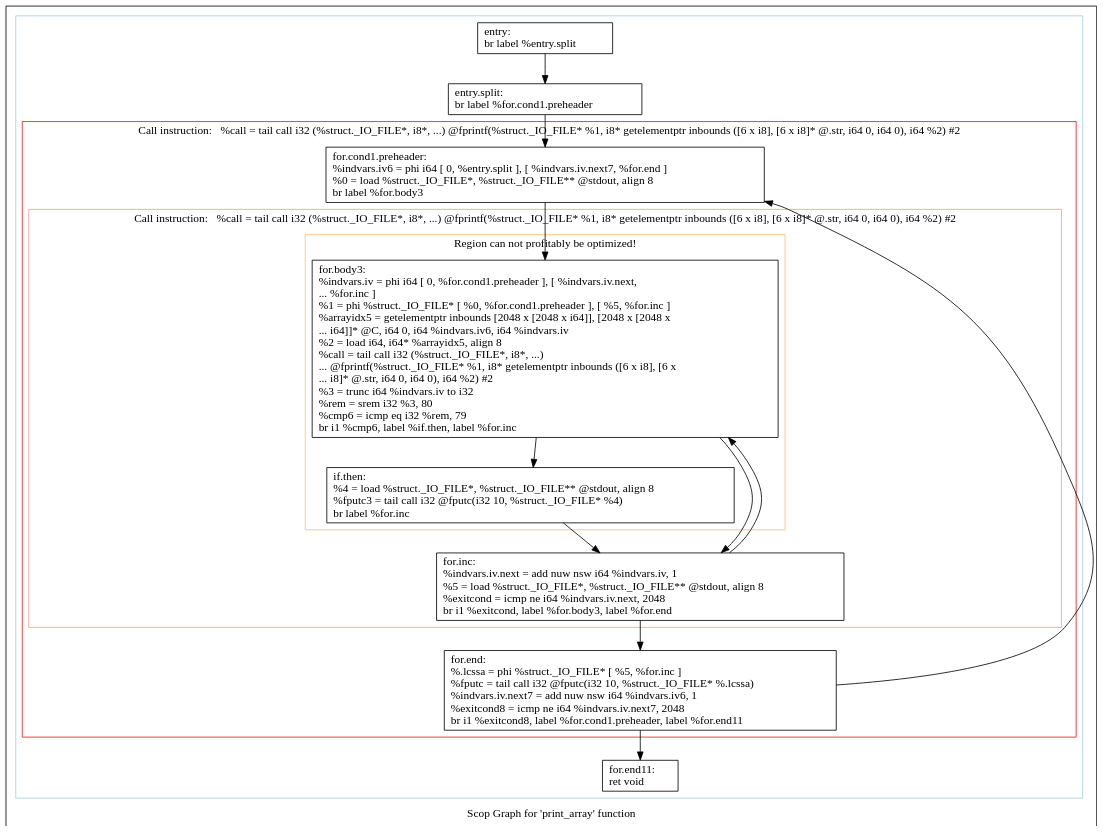
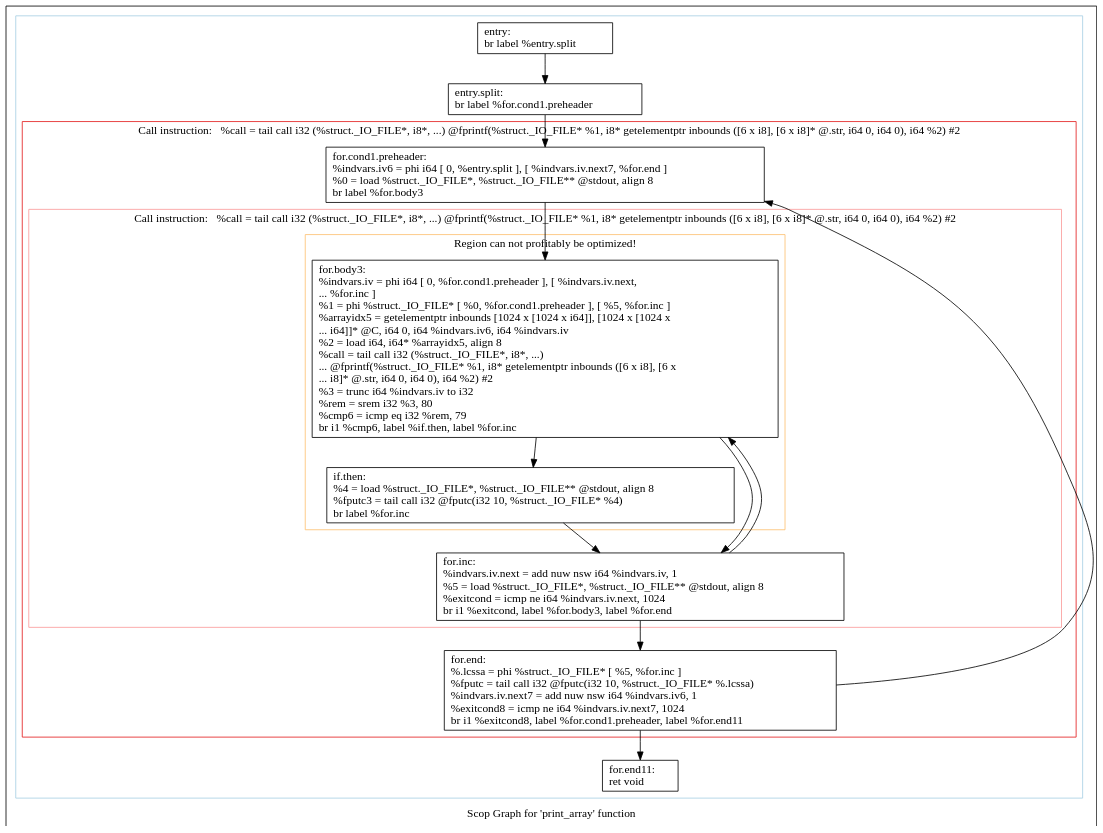
One commit to samminweng/WhileyOpenCL changed the diagram in polly/MatrixMult/impl/handwritten/dot/scops.print_array.dot. Above: the diagram before and after it, drawn with Graphviz. The commit also changed 65 other files, not shown here.

```diff
--- a/polly/MatrixMult/impl/handwritten/dot/scops.print_array.dot
+++ b/polly/MatrixMult/impl/handwritten/dot/scops.print_array.dot
@@ -1,51 +1,51 @@
 digraph "Scop Graph for 'print_array' function" {
 	label="Scop Graph for 'print_array' function";
 
-	Node0x5e81640 [shape=record,label="{entry:\l  br label %entry.split\l}"];
-	Node0x5e81640 -> Node0x5e81600;
-	Node0x5e81600 [shape=record,label="{entry.split:                                      \l  br label %for.cond1.preheader\l}"];
-	Node0x5e81600 -> Node0x5e90ec0;
-	Node0x5e90ec0 [shape=record,label="{for.cond1.preheader:                              \l  %indvars.iv6 = phi i64 [ 0, %entry.split ], [ %indvars.iv.next7, %for.end ]\l  %0 = load %struct._IO_FILE*, %struct._IO_FILE** @stdout, align 8\l  br label %for.body3\l}"];
-	Node0x5e90ec0 -> Node0x5e6b000;
-	Node0x5e6b000 [shape=record,label="{for.body3:                                        \l  %indvars.iv = phi i64 [ 0, %for.cond1.preheader ], [ %indvars.iv.next,\l... %for.inc ]\l  %1 = phi %struct._IO_FILE* [ %0, %for.cond1.preheader ], [ %5, %for.inc ]\l  %arrayidx5 = getelementptr inbounds [2048 x [2048 x i64]], [2048 x [2048 x\l... i64]]* @C, i64 0, i64 %indvars.iv6, i64 %indvars.iv\l  %2 = load i64, i64* %arrayidx5, align 8\l  %call = tail call i32 (%struct._IO_FILE*, i8*, ...)\l... @fprintf(%struct._IO_FILE* %1, i8* getelementptr inbounds ([6 x i8], [6 x\l... i8]* @.str, i64 0, i64 0), i64 %2) #2\l  %3 = trunc i64 %indvars.iv to i32\l  %rem = srem i32 %3, 80\l  %cmp6 = icmp eq i32 %rem, 79\l  br i1 %cmp6, label %if.then, label %for.inc\l}"];
-	Node0x5e6b000 -> Node0x5e91690;
-	Node0x5e6b000 -> Node0x5e916f0;
-	Node0x5e91690 [shape=record,label="{if.then:                                          \l  %4 = load %struct._IO_FILE*, %struct._IO_FILE** @stdout, align 8\l  %fputc3 = tail call i32 @fputc(i32 10, %struct._IO_FILE* %4)\l  br label %for.inc\l}"];
-	Node0x5e91690 -> Node0x5e916f0;
-	Node0x5e916f0 [shape=record,label="{for.inc:                                          \l  %indvars.iv.next = add nuw nsw i64 %indvars.iv, 1\l  %5 = load %struct._IO_FILE*, %struct._IO_FILE** @stdout, align 8\l  %exitcond = icmp ne i64 %indvars.iv.next, 2048\l  br i1 %exitcond, label %for.body3, label %for.end\l}"];
-	Node0x5e916f0 -> Node0x5e6b000[constraint=false];
-	Node0x5e916f0 -> Node0x5e91710;
-	Node0x5e91710 [shape=record,label="{for.end:                                          \l  %.lcssa = phi %struct._IO_FILE* [ %5, %for.inc ]\l  %fputc = tail call i32 @fputc(i32 10, %struct._IO_FILE* %.lcssa)\l  %indvars.iv.next7 = add nuw nsw i64 %indvars.iv6, 1\l  %exitcond8 = icmp ne i64 %indvars.iv.next7, 2048\l  br i1 %exitcond8, label %for.cond1.preheader, label %for.end11\l}"];
-	Node0x5e91710 -> Node0x5e90ec0[constraint=false];
-	Node0x5e91710 -> Node0x5e91950;
-	Node0x5e91950 [shape=record,label="{for.end11:                                        \l  ret void\l}"];
+	Node0x53ae8c0 [shape=record,label="{entry:\l  br label %entry.split\l}"];
+	Node0x53ae8c0 -> Node0x53ac460;
+	Node0x53ac460 [shape=record,label="{entry.split:                                      \l  br label %for.cond1.preheader\l}"];
+	Node0x53ac460 -> Node0x53a7890;
+	Node0x53a7890 [shape=record,label="{for.cond1.preheader:                              \l  %indvars.iv6 = phi i64 [ 0, %entry.split ], [ %indvars.iv.next7, %for.end ]\l  %0 = load %struct._IO_FILE*, %struct._IO_FILE** @stdout, align 8\l  br label %for.body3\l}"];
+	Node0x53a7890 -> Node0x5386560;
+	Node0x5386560 [shape=record,label="{for.body3:                                        \l  %indvars.iv = phi i64 [ 0, %for.cond1.preheader ], [ %indvars.iv.next,\l... %for.inc ]\l  %1 = phi %struct._IO_FILE* [ %0, %for.cond1.preheader ], [ %5, %for.inc ]\l  %arrayidx5 = getelementptr inbounds [1024 x [1024 x i64]], [1024 x [1024 x\l... i64]]* @C, i64 0, i64 %indvars.iv6, i64 %indvars.iv\l  %2 = load i64, i64* %arrayidx5, align 8\l  %call = tail call i32 (%struct._IO_FILE*, i8*, ...)\l... @fprintf(%struct._IO_FILE* %1, i8* getelementptr inbounds ([6 x i8], [6 x\l... i8]* @.str, i64 0, i64 0), i64 %2) #2\l  %3 = trunc i64 %indvars.iv to i32\l  %rem = srem i32 %3, 80\l  %cmp6 = icmp eq i32 %rem, 79\l  br i1 %cmp6, label %if.then, label %for.inc\l}"];
+	Node0x5386560 -> Node0x53ae6e0;
+	Node0x5386560 -> Node0x53ae740;
+	Node0x53ae6e0 [shape=record,label="{if.then:                                          \l  %4 = load %struct._IO_FILE*, %struct._IO_FILE** @stdout, align 8\l  %fputc3 = tail call i32 @fputc(i32 10, %struct._IO_FILE* %4)\l  br label %for.inc\l}"];
+	Node0x53ae6e0 -> Node0x53ae740;
+	Node0x53ae740 [shape=record,label="{for.inc:                                          \l  %indvars.iv.next = add nuw nsw i64 %indvars.iv, 1\l  %5 = load %struct._IO_FILE*, %struct._IO_FILE** @stdout, align 8\l  %exitcond = icmp ne i64 %indvars.iv.next, 1024\l  br i1 %exitcond, label %for.body3, label %for.end\l}"];
+	Node0x53ae740 -> Node0x5386560[constraint=false];
+	Node0x53ae740 -> Node0x5386510;
+	Node0x5386510 [shape=record,label="{for.end:                                          \l  %.lcssa = phi %struct._IO_FILE* [ %5, %for.inc ]\l  %fputc = tail call i32 @fputc(i32 10, %struct._IO_FILE* %.lcssa)\l  %indvars.iv.next7 = add nuw nsw i64 %indvars.iv6, 1\l  %exitcond8 = icmp ne i64 %indvars.iv.next7, 1024\l  br i1 %exitcond8, label %for.cond1.preheader, label %for.end11\l}"];
+	Node0x5386510 -> Node0x53a7890[constraint=false];
+	Node0x5386510 -> Node0x53ae7e0;
+	Node0x53ae7e0 [shape=record,label="{for.end11:                                        \l  ret void\l}"];
 	colorscheme = "paired12"
-        subgraph cluster_0x5e6af30 {
+        subgraph cluster_0x53867f0 {
           label = "";
           style = solid;
           color = 1
-          subgraph cluster_0x5e814d0 {
+          subgraph cluster_0x53a7eb0 {
             label = "Call instruction:   %call = tail call i32 (%struct._IO_FILE*, i8*, ...) @fprintf(%struct._IO_FILE* %1, i8* getelementptr inbounds ([6 x i8], [6 x i8]* @.str, i64 0, i64 0), i64 %2) #2";
             style = solid;
             color = 6
-            subgraph cluster_0x5e81450 {
+            subgraph cluster_0x53a7e30 {
               label = "Call instruction:   %call = tail call i32 (%struct._IO_FILE*, i8*, ...) @fprintf(%struct._IO_FILE* %1, i8* getelementptr inbounds ([6 x i8], [6 x i8]* @.str, i64 0, i64 0), i64 %2) #2";
               style = solid;
               color = 5
-              subgraph cluster_0x5e813d0 {
+              subgraph cluster_0x53a7db0 {
                 label = "Region can not profitably be optimized!";
                 style = solid;
                 color = 7
-                Node0x5e6b000;
-                Node0x5e91690;
+                Node0x5386560;
+                Node0x53ae6e0;
               }
-              Node0x5e916f0;
+              Node0x53ae740;
             }
-            Node0x5e90ec0;
-            Node0x5e91710;
+            Node0x53a7890;
+            Node0x5386510;
           }
-          Node0x5e81640;
-          Node0x5e81600;
-          Node0x5e91950;
+          Node0x53ae8c0;
+          Node0x53ac460;
+          Node0x53ae7e0;
         }
 }
```
